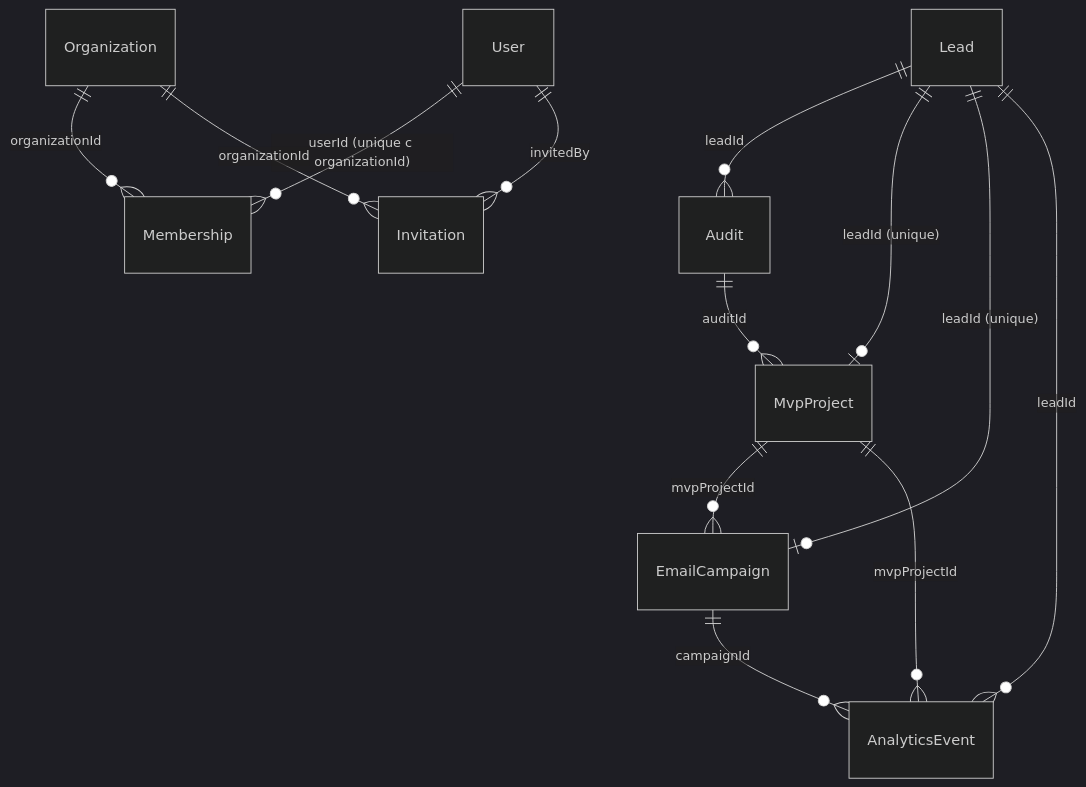
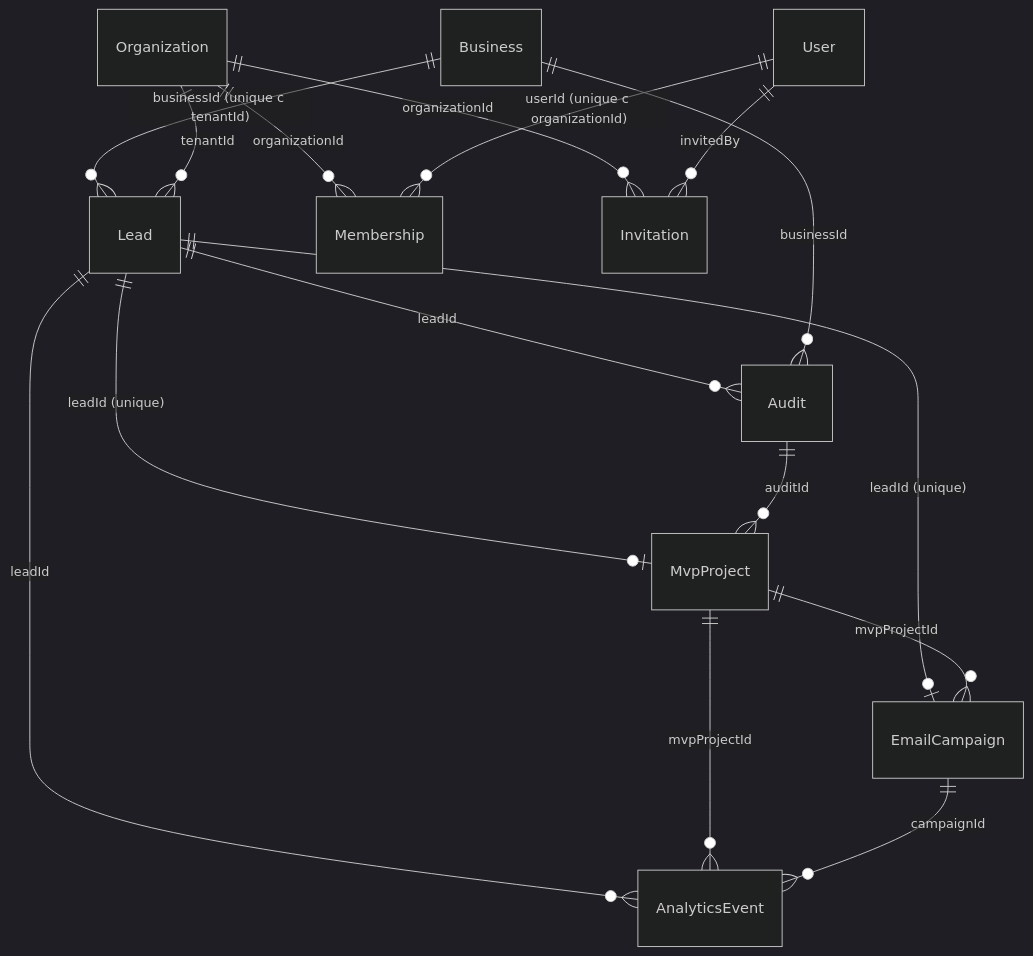
One commit to yurykurouski/revamp-docs changed the diagram in database-expertise.md. Above: the diagram before and after it, drawn with Mermaid (dark theme). The commit also changed other lines of this file and 3 other files, not shown here.

Commit message:
docs(REV-208): shared Business and tenant-owned Lead, audit reuse, businesses collection, indexes, backfill and seed

````diff
--- a/database-expertise.md
+++ b/database-expertise.md
@@ -245,15 +259,18 @@
 ```mermaid
 erDiagram
     Lead ||--o{ Audit : "leadId"
+    Business ||--o{ Lead : "businessId (unique с tenantId)"
+    Business ||--o{ Audit : "businessId"
+    Organization ||--o{ Lead : "tenantId"
     Lead ||--o| MvpProject : "leadId (unique)"
     Lead ||--o| EmailCampaign : "leadId (unique)"
     Lead ||--o{ AnalyticsEvent : "leadId"
     Audit ||--o{ MvpProject : "auditId"
     MvpProject ||--o{ EmailCampaign : "mvpProjectId"
     MvpProject ||--o{ AnalyticsEvent : "mvpProjectId"
     EmailCampaign ||--o{ AnalyticsEvent : "campaignId"
     Organization ||--o{ Membership : "organizationId"
     User ||--o{ Membership : "userId (unique с organizationId)"
     Organization ||--o{ Invitation : "organizationId"
     User ||--o{ Invitation : "invitedBy"
 ```
````
